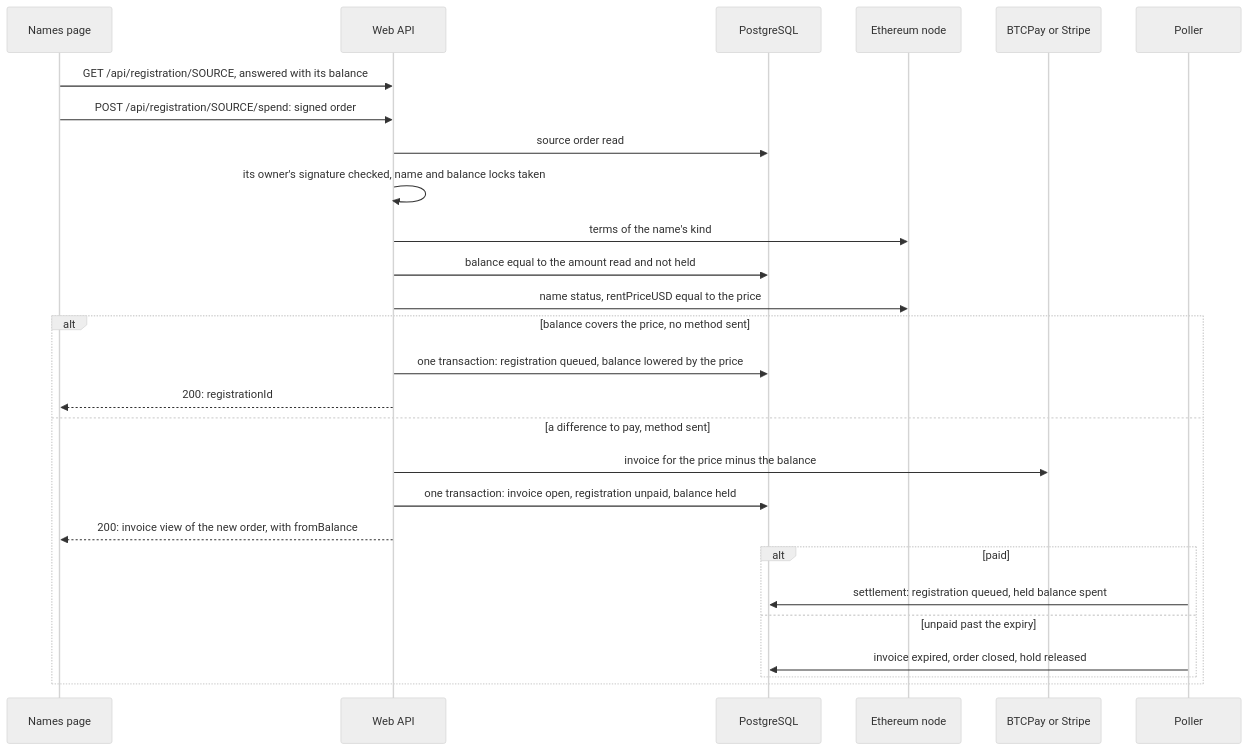
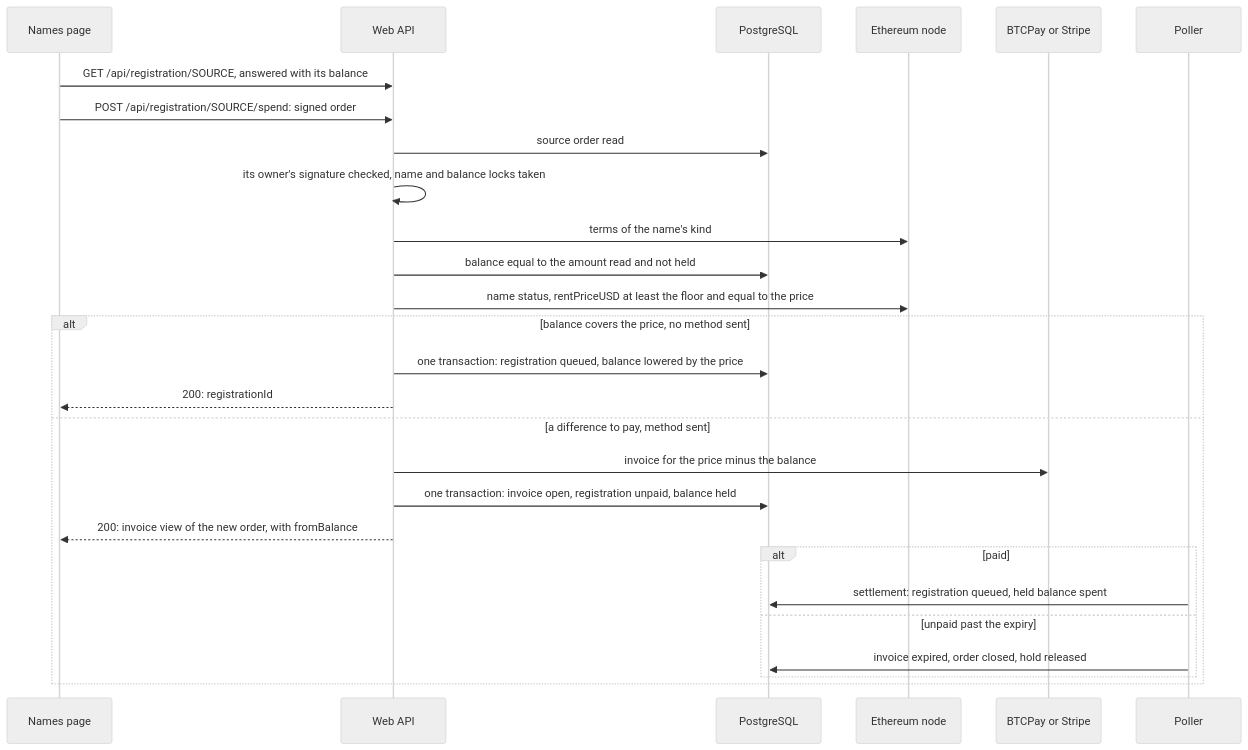
Before and after one commit to simplex-chat/simplex-chat: the ninth of 13 diagrams in apps/simplex-store-service/docs/names.md, drawn with Mermaid (neutral theme). The commit also changed other lines of this file and 1 other file, not shown here.

Commit message:
store: document the price floor for searches, moves and spends

````diff
--- a/apps/simplex-store-service/docs/names.md
+++ b/apps/simplex-store-service/docs/names.md
@@ -424,29 +426,29 @@
 ```mermaid
 sequenceDiagram
   participant P as Names page
   participant W as Web API
   participant D as PostgreSQL
   participant E as Ethereum node
   participant V as BTCPay or Stripe
   participant L as Poller
   P->>W: GET /api/registration/SOURCE, answered with its balance
   P->>W: POST /api/registration/SOURCE/spend: signed order
   W->>D: source order read
   W->>W: its owner's signature checked, name and balance locks taken
   W->>E: terms of the name's kind
   W->>D: balance equal to the amount read and not held
-  W->>E: name status, rentPriceUSD equal to the price
+  W->>E: name status, rentPriceUSD at least the floor and equal to the price
   alt balance covers the price, no method sent
     W->>D: one transaction: registration queued, balance lowered by the price
     W-->>P: 200: registrationId
   else a difference to pay, method sent
     W->>V: invoice for the price minus the balance
     W->>D: one transaction: invoice open, registration unpaid, balance held
     W-->>P: 200: invoice view of the new order, with fromBalance
     alt paid
       L->>D: settlement: registration queued, held balance spent
     else unpaid past the expiry
       L->>D: invoice expired, order closed, hold released
     end
   end
 ```
````
